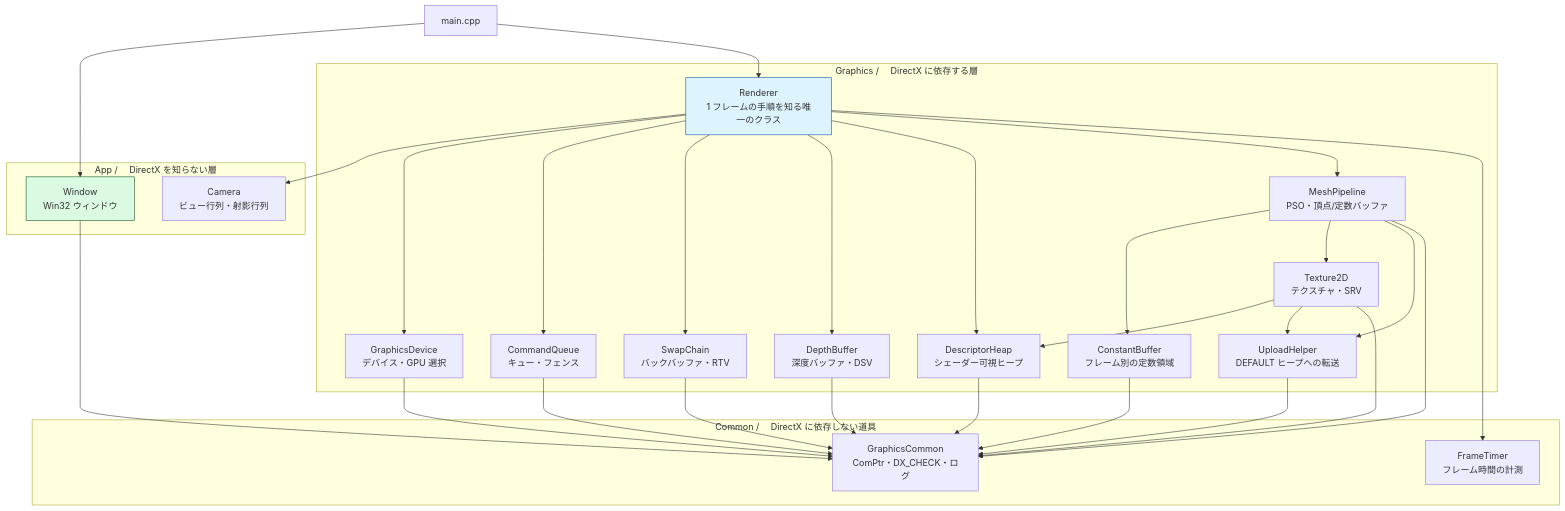
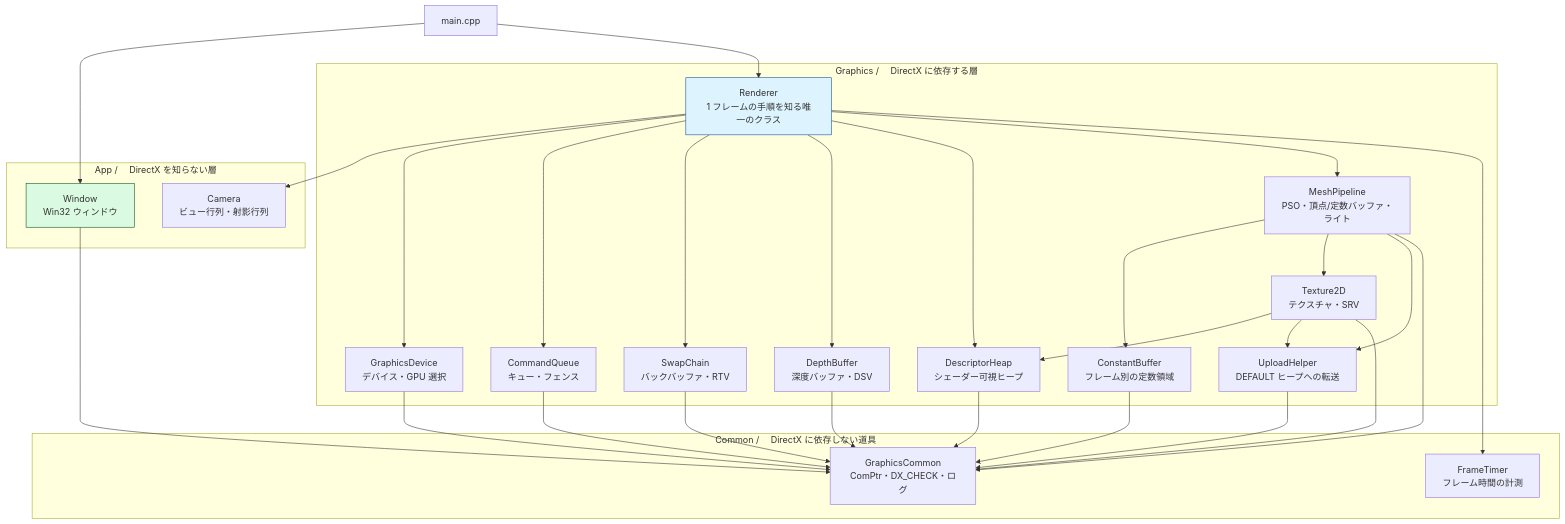
Before and after one commit to Tomonorarari-Think/DirectX12Dev: the diagram in docs/design/クラス設計.md, drawn with Mermaid. The commit also changed other lines of this file and 16 other files, not shown here.

````diff
--- a/docs/design/クラス設計.md
+++ b/docs/design/クラス設計.md
@@ -37,58 +37,58 @@
 ```mermaid
 flowchart TD
     Main["main.cpp"]
 
     subgraph APP["App / 　DirectX を知らない層"]
         Window["Window<br/>Win32 ウィンドウ"]
         Cam["Camera<br/>ビュー行列・射影行列"]
     end
 
     subgraph GFX["Graphics / 　DirectX に依存する層"]
         Renderer["Renderer<br/>1 フレームの手順を知る唯一のクラス"]
         Device["GraphicsDevice<br/>デバイス・GPU 選択"]
         Queue["CommandQueue<br/>キュー・フェンス"]
         Swap["SwapChain<br/>バックバッファ・RTV"]
         Depth["DepthBuffer<br/>深度バッファ・DSV"]
         Heap["DescriptorHeap<br/>シェーダー可視ヒープ"]
         Tex["Texture2D<br/>テクスチャ・SRV"]
         Up["UploadHelper<br/>DEFAULT ヒープへの転送"]
-        Pipe["MeshPipeline<br/>PSO・頂点/定数バッファ"]
+        Pipe["MeshPipeline<br/>PSO・頂点/定数バッファ・ライト"]
         CB["ConstantBuffer<br/>フレーム別の定数領域"]
     end
 
     subgraph COM["Common / 　DirectX に依存しない道具"]
         GC["GraphicsCommon<br/>ComPtr・DX_CHECK・ログ"]
         FT["FrameTimer<br/>フレーム時間の計測"]
     end
 
     Main --> Window
     Main --> Renderer
     Renderer --> Cam
 
     Renderer --> Device
     Renderer --> Queue
     Renderer --> Swap
     Renderer --> Depth
     Renderer --> Heap
     Renderer --> Pipe
     Renderer --> FT
     Pipe --> CB
     Pipe --> Tex
     Pipe --> Up
     Tex --> Heap
     Tex --> Up
 
     Device --> GC
     Queue --> GC
     Swap --> GC
     Depth --> GC
     Pipe --> GC
     CB --> GC
     Heap --> GC
     Tex --> GC
     Up --> GC
     Window --> GC
 
     style Renderer fill:#ddf4ff,stroke:#0a4f9e
     style Window fill:#dafbe1,stroke:#0d4f21
 ```
````
